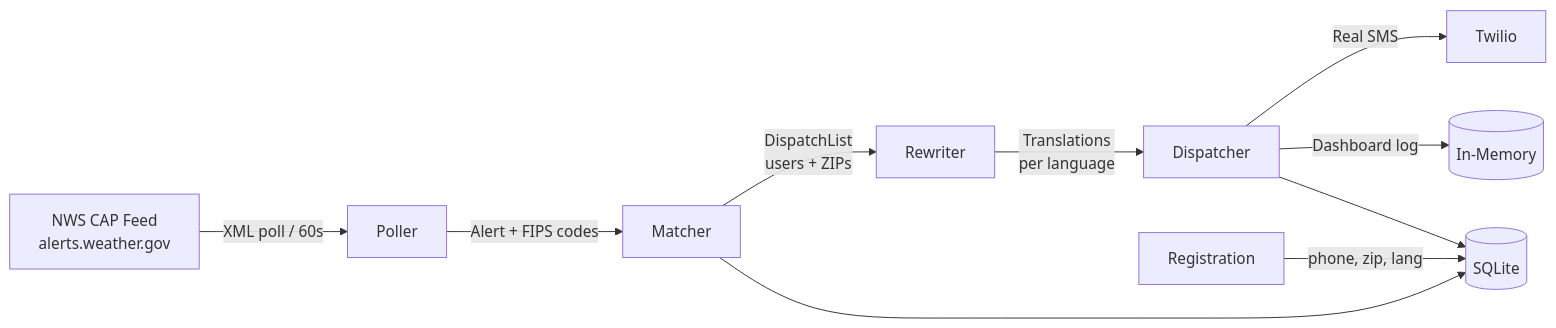
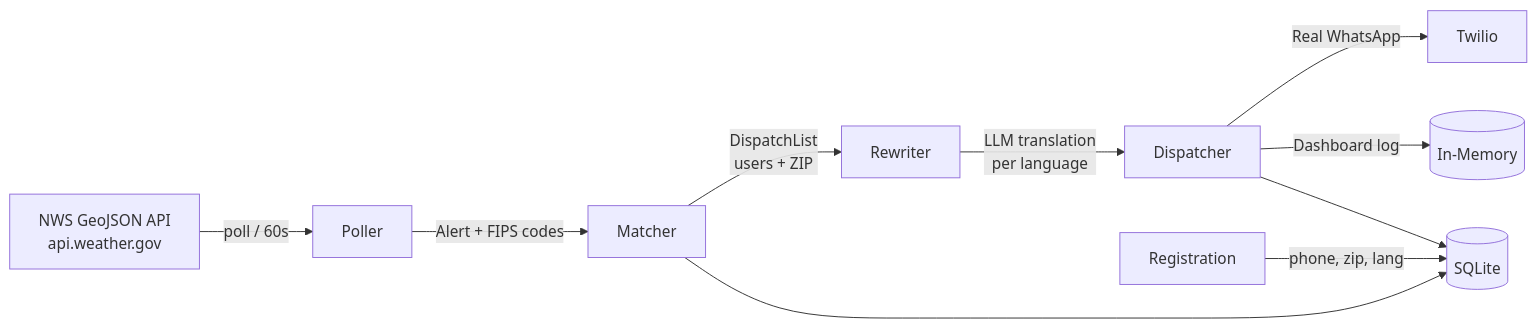
One commit to siddhjain-us/alertbridge changed the diagram in README.md. Above: the diagram before and after it, drawn with Mermaid. The commit also changed other lines of this file and 3 other files, not shown here.

Commit message:
Add Docker support and rewrite README with architecture, trade-offs, CI/CD, LLM integration

````diff
--- a/README.md
+++ b/README.md
@@ -20,12 +41,12 @@
 ```mermaid
 graph LR
-    NWS[NWS CAP Feed\nalerts.weather.gov] -->|XML poll / 60s| Poller
+    NWS[NWS GeoJSON API\napi.weather.gov] -->|poll / 60s| Poller
     Poller -->|Alert + FIPS codes| Matcher
-    Matcher -->|DispatchList\nusers + ZIPs| Rewriter
-    Rewriter -->|Translations\nper language| Dispatcher
-    Dispatcher -->|Real SMS| Twilio
+    Matcher -->|DispatchList\nusers + ZIP| Rewriter
+    Rewriter -->|LLM translation\nper language| Dispatcher
+    Dispatcher -->|Real WhatsApp| Twilio
     Dispatcher -->|Dashboard log| Store[(In-Memory)]
     Registration -->|phone, zip, lang| DB[(SQLite)]
     Matcher --> DB
     Dispatcher --> DB
 ```
````
